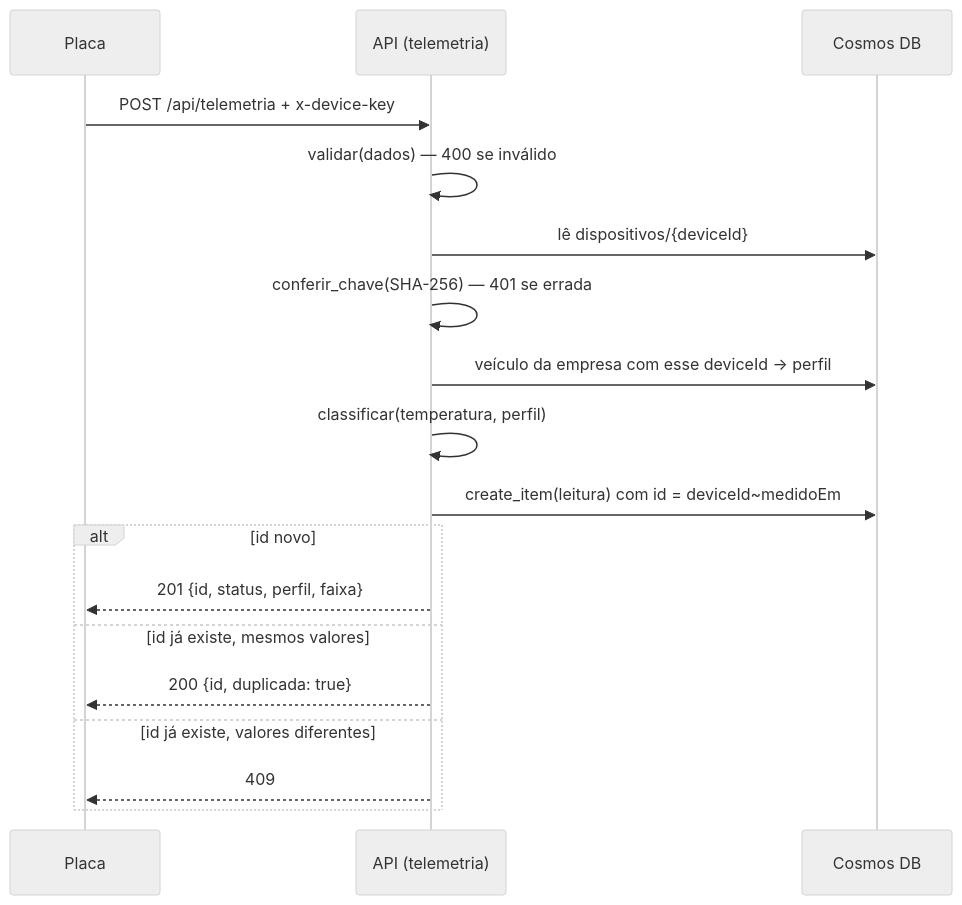
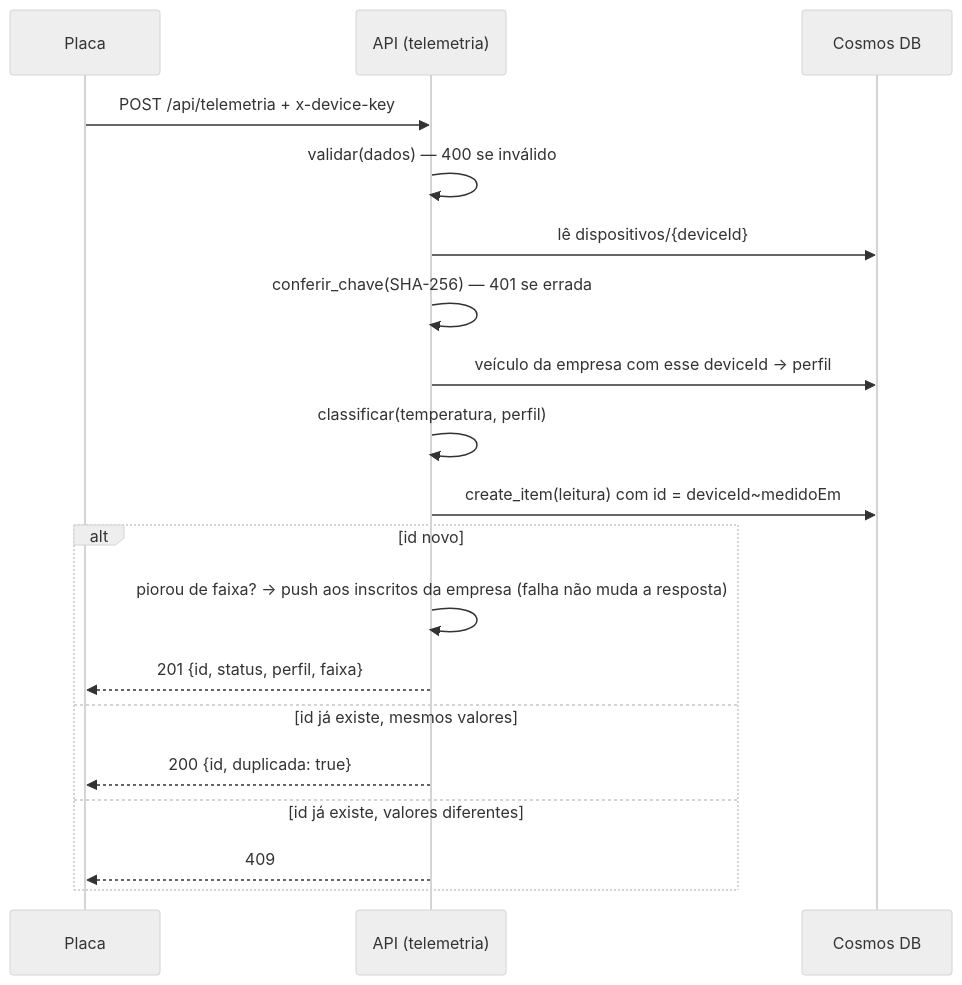
The third of 4 diagrams in docs/como-funciona.md (mbalbuquerque/projeto-integrador-4-periodo), drawn with Mermaid (neutral theme) before and after one commit. The commit also changed other lines of this file and 2 other files, not shown here.

Commit message:
docs: push alert model, routes and data inventory (#75)

````diff
--- a/docs/como-funciona.md
+++ b/docs/como-funciona.md
@@ -397,20 +399,21 @@
 ```mermaid
 sequenceDiagram
     participant P as Placa
     participant A as API (telemetria)
     participant DB as Cosmos DB
     P->>A: POST /api/telemetria + x-device-key
     A->>A: validar(dados) — 400 se inválido
     A->>DB: lê dispositivos/{deviceId}
     A->>A: conferir_chave(SHA-256) — 401 se errada
     A->>DB: veículo da empresa com esse deviceId → perfil
     A->>A: classificar(temperatura, perfil)
     A->>DB: create_item(leitura) com id = deviceId~medidoEm
     alt id novo
+        A->>A: piorou de faixa? → push aos inscritos da empresa (falha não muda a resposta)
         A-->>P: 201 {id, status, perfil, faixa}
     else id já existe, mesmos valores
         A-->>P: 200 {id, duplicada: true}
     else id já existe, valores diferentes
         A-->>P: 409
     end
 ```
````
